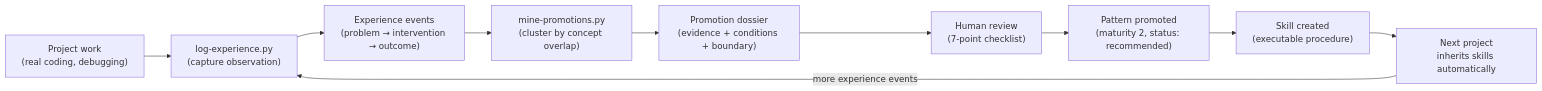
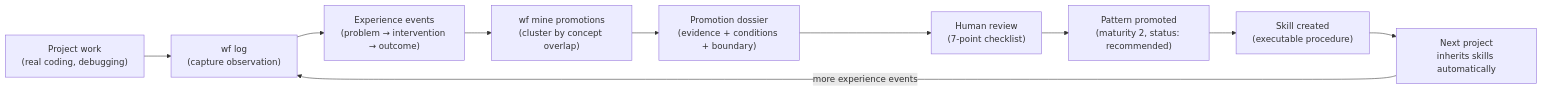
The fourth of 8 diagrams in docs/site/core-workflows.md (hybridindie/wiki-fabric), drawn with Mermaid before and after one commit. The commit also changed other lines of this file and 12 other files, not shown here.

Commit message:
verbs everywhere: agent-facing SKILL.md files (system/ + .opencode/ copies), core-workflows diagrams, machine-contract/cli/evals/how-sync/how-corpus/skills/config prose → wf verbs; CONTRIBUTING dev self-check via the verb

````diff
--- a/docs/site/core-workflows.md
+++ b/docs/site/core-workflows.md
@@ -225,12 +225,12 @@
 ```mermaid
 flowchart LR
-    W["Project work<br/>(real coding, debugging)"] --> LE["log-experience.py<br/>(capture observation)"]
+    W["Project work<br/>(real coding, debugging)"] --> LE["wf log<br/>(capture observation)"]
     LE --> EE["Experience events<br/>(problem → intervention → outcome)"]
-    EE --> M["mine-promotions.py<br/>(cluster by concept overlap)"]
+    EE --> M["wf mine promotions<br/>(cluster by concept overlap)"]
     M --> PD["Promotion dossier<br/>(evidence + conditions + boundary)"]
     PD --> HR["Human review<br/>(7-point checklist)"]
     HR --> P["Pattern promoted<br/>(maturity 2, status: recommended)"]
     P --> S["Skill created<br/>(executable procedure)"]
     S --> NEXT["Next project<br/>inherits skills automatically"]
     NEXT -->|"more experience events"| LE
 ```
````
